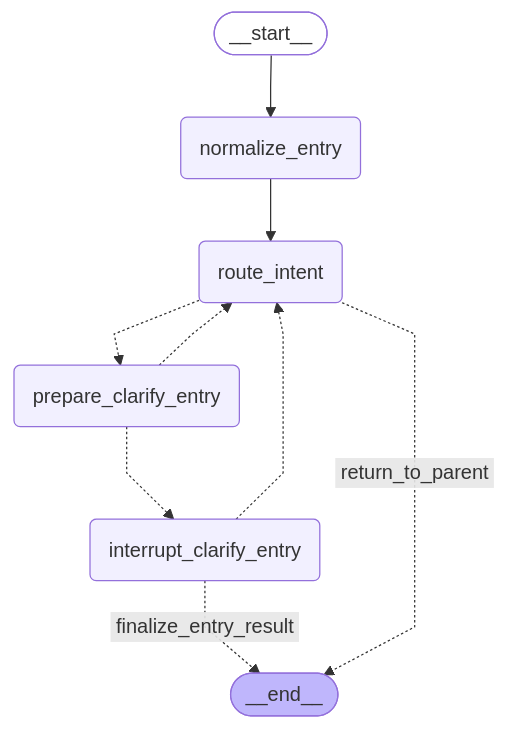
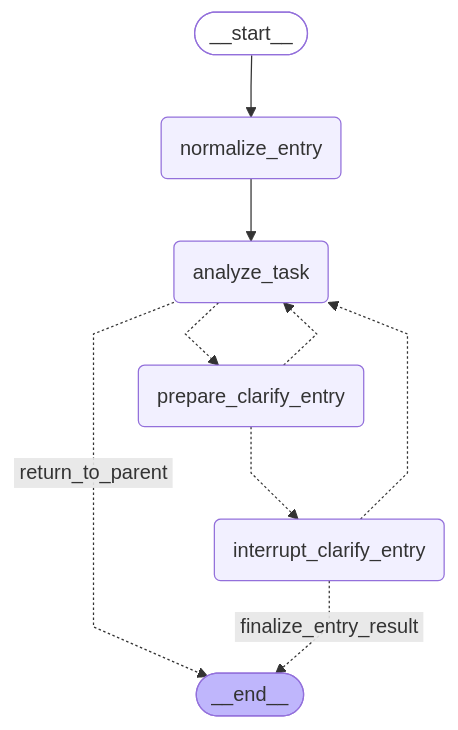
The second of 6 diagrams in docs/mermaid/entry-orchestration.md (SkyLiberation/personalAgent), drawn with Mermaid before and after one commit. The commit also changed other lines of this file and 295 other files, not shown here.

````diff
--- a/docs/mermaid/entry-orchestration.md
+++ b/docs/mermaid/entry-orchestration.md
@@ -30,26 +26,26 @@
 ```mermaid
 ---
 config:
   flowchart:
     curve: linear
 ---
 graph TD;
 	__start__([<p>__start__</p>]):::first
 	normalize_entry(normalize_entry)
-	route_intent(route_intent)
+	analyze_task(analyze_task)
 	prepare_clarify_entry(prepare_clarify_entry)
 	interrupt_clarify_entry(interrupt_clarify_entry)
 	__end__([<p>__end__</p>]):::last
 	__start__ --> normalize_entry;
+	analyze_task -. &nbsp;return_to_parent&nbsp; .-> __end__;
+	analyze_task -.-> prepare_clarify_entry;
 	interrupt_clarify_entry -. &nbsp;finalize_entry_result&nbsp; .-> __end__;
-	interrupt_clarify_entry -.-> route_intent;
-	normalize_entry --> route_intent;
+	interrupt_clarify_entry -.-> analyze_task;
+	normalize_entry --> analyze_task;
+	prepare_clarify_entry -.-> analyze_task;
 	prepare_clarify_entry -.-> interrupt_clarify_entry;
-	prepare_clarify_entry -.-> route_intent;
-	route_intent -. &nbsp;return_to_parent&nbsp; .-> __end__;
-	route_intent -.-> prepare_clarify_entry;
 	classDef default fill:#f2f0ff,line-height:1.2
 	classDef first fill-opacity:0
 	classDef last fill:#bfb6fc
 
 ```
````
